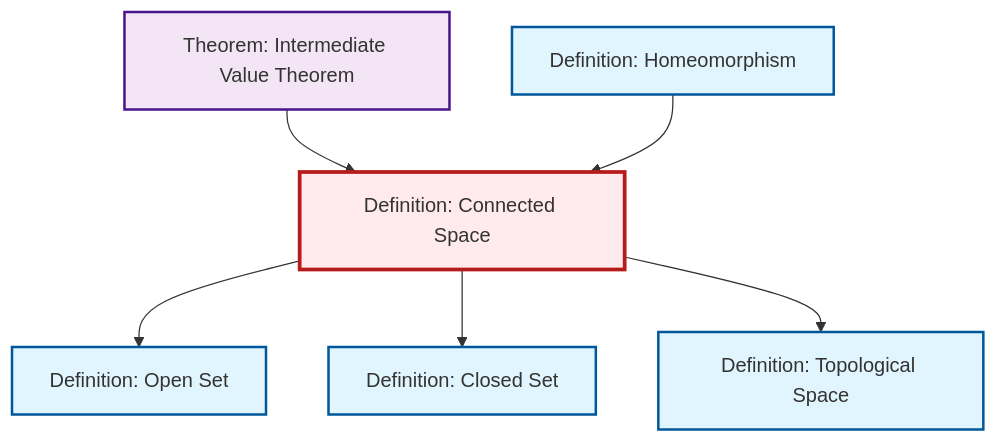
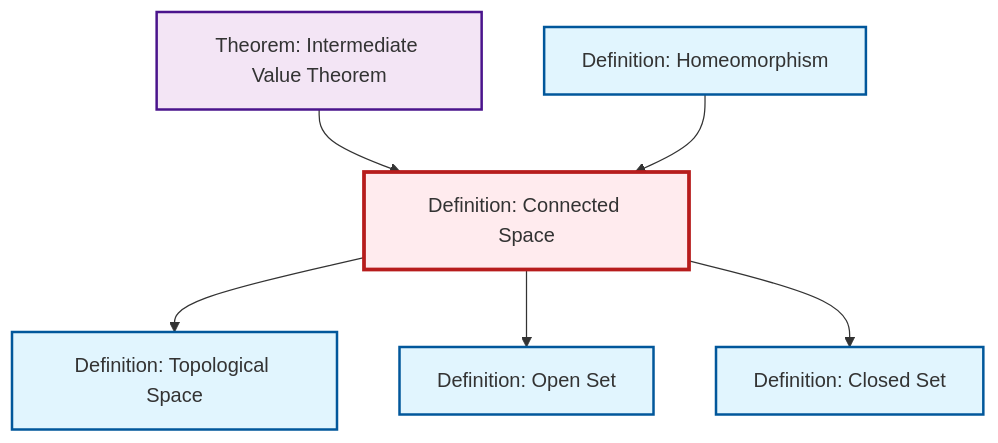
Before and after one commit to RK0429/ModernMath: the diagram in content/en/topology/def-connected.qmd, drawn with Mermaid. The commit also changed other lines of this file and 531 other files, not shown here.

````diff
--- a/content/en/topology/def-connected.qmd
+++ b/content/en/topology/def-connected.qmd
@@ -49,26 +49,26 @@
 ```{mermaid}
 %%| fig-cap: "Local dependency graph"
 graph TD
     classDef definition fill:#e1f5fe,stroke:#01579b,stroke-width:2px
     classDef theorem fill:#f3e5f5,stroke:#4a148c,stroke-width:2px
     classDef axiom fill:#fff3e0,stroke:#e65100,stroke-width:2px
     classDef example fill:#e8f5e9,stroke:#1b5e20,stroke-width:2px
     classDef current fill:#ffebee,stroke:#b71c1c,stroke-width:3px
+    def-homeomorphism["Definition: Homeomorphism"]:::definition
+    def-topological-space["Definition: Topological Space"]:::definition
     def-closed-set["Definition: Closed Set"]:::definition
-    def-homeomorphism["Definition: Homeomorphism"]:::definition
+    def-open-set["Definition: Open Set"]:::definition
+    def-connected["Definition: Connected Space"]:::definition
     thm-intermediate-value["Theorem: Intermediate Value Theorem"]:::theorem
-    def-topological-space["Definition: Topological Space"]:::definition
-    def-connected["Definition: Connected Space"]:::definition
-    def-open-set["Definition: Open Set"]:::definition
+    def-connected --> def-topological-space
+    thm-intermediate-value --> def-connected
     def-connected --> def-open-set
+    def-homeomorphism --> def-connected
     def-connected --> def-closed-set
-    thm-intermediate-value --> def-connected
-    def-connected --> def-topological-space
-    def-homeomorphism --> def-connected
     class def-connected current
+    click def-homeomorphism "def-homeomorphism.html" "Go to Homeomorphism definition"
+    click def-topological-space "def-topological-space.html" "Go to Topological Space definition"
     click def-closed-set "def-closed-set.html" "Go to Closed Set definition"
-    click def-homeomorphism "def-homeomorphism.html" "Go to Homeomorphism definition"
+    click def-open-set "def-open-set.html" "Go to Open Set definition"
     click thm-intermediate-value "thm-intermediate-value.html" "Go to Intermediate Value Theorem theorem"
-    click def-topological-space "def-topological-space.html" "Go to Topological Space definition"
-    click def-open-set "def-open-set.html" "Go to Open Set definition"
 ```
````
